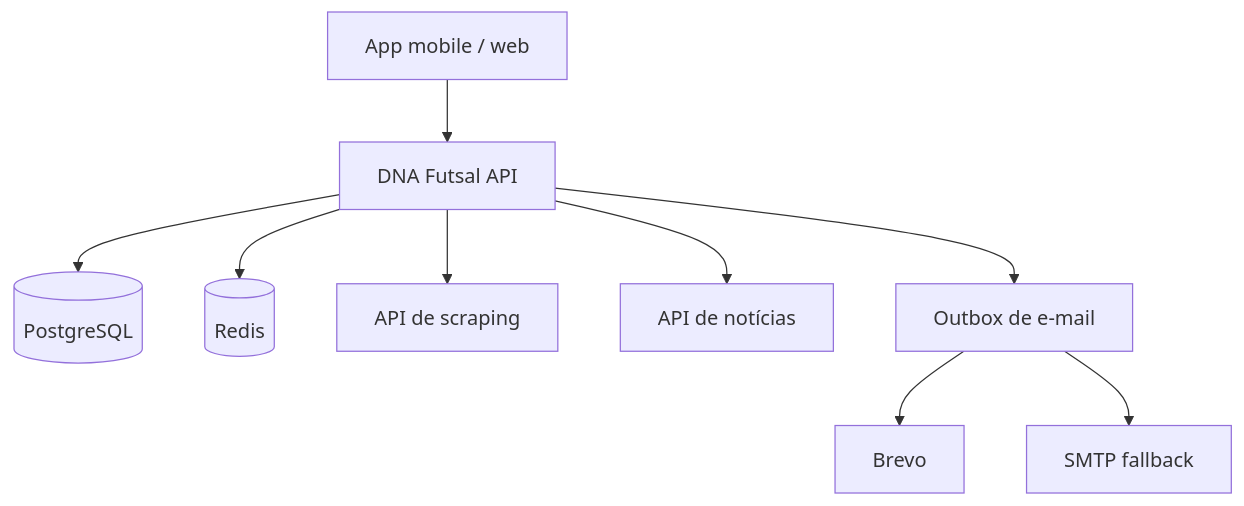
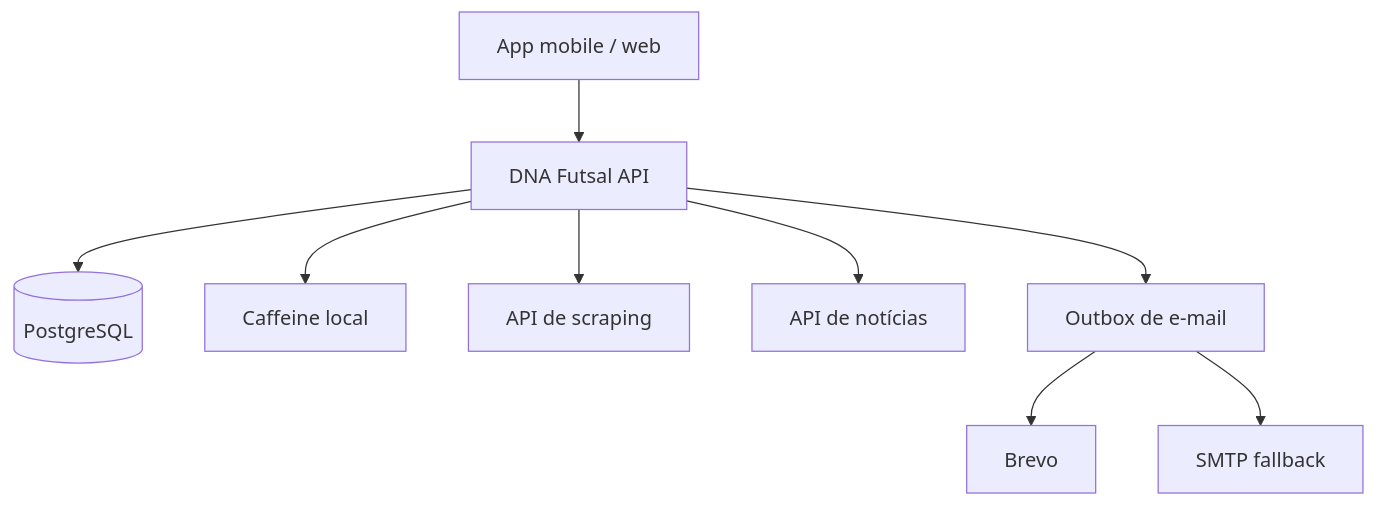
Before and after one commit to DNA-Futsal-App/dna_backend: the diagram in README.md, drawn with Mermaid. The commit also changed other lines of this file and 63 other files, not shown here.

````diff
--- a/README.md
+++ b/README.md
@@ -16,11 +16,11 @@
 ```mermaid
 flowchart TD
     App["App mobile / web"] --> API["DNA Futsal API"]
     API --> PG[(PostgreSQL)]
-    API --> Redis[(Redis)]
+    API --> Cache["Caffeine local"]
     API --> Scraper["API de scraping"]
     API --> News["API de notícias"]
     API --> Outbox["Outbox de e-mail"]
     Outbox --> Brevo["Brevo"]
     Outbox --> SMTP["SMTP fallback"]
 ```
````
